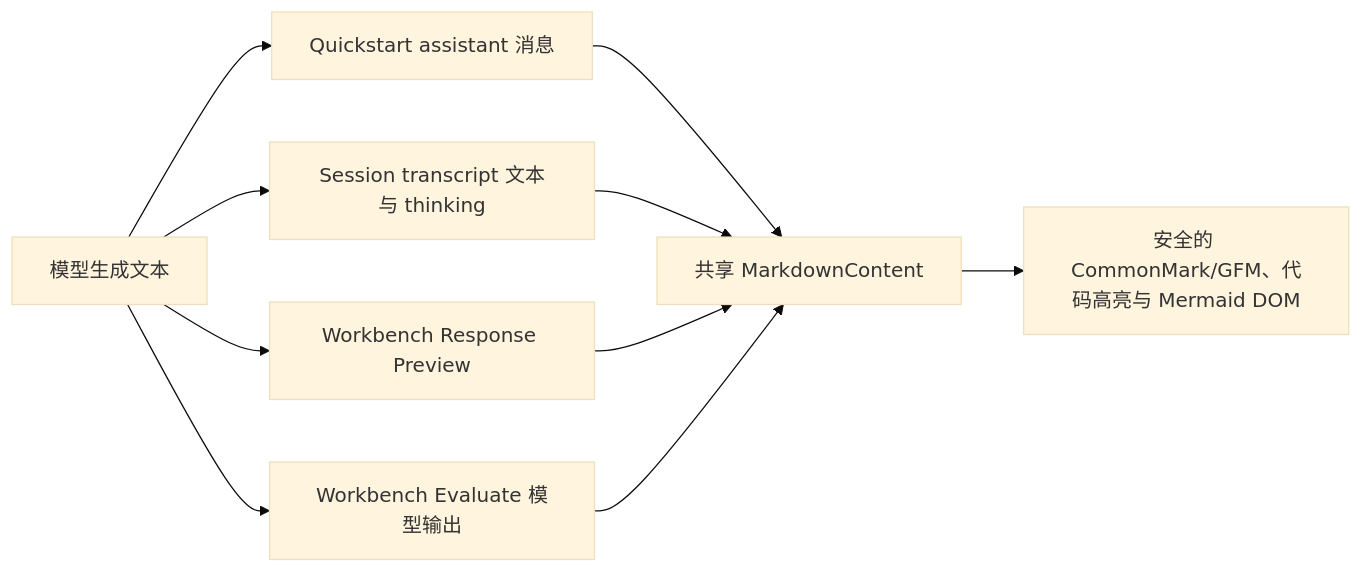
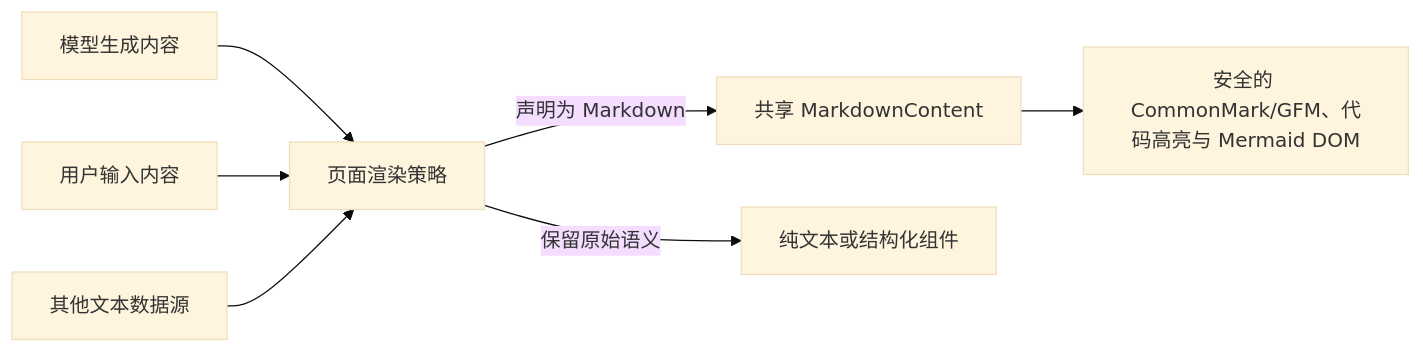
Before and after one commit to Postroggy/open-managed-agents: the diagram in docs/design/fe/shared-markdown-rendering.md, drawn with Mermaid (base theme). The commit also changed other lines of this file, not shown here.

Commit message:
docs(web): 明确 Markdown 消费边界

````diff
--- a/docs/design/fe/shared-markdown-rendering.md
+++ b/docs/design/fe/shared-markdown-rendering.md
@@ -11,12 +11,9 @@
 ```mermaid
 flowchart LR
-  Model["模型生成文本"] --> Quickstart["Quickstart assistant 消息"]
-  Model --> Session["Session transcript 文本与 thinking"]
-  Model --> Preview["Workbench Response Preview"]
-  Model --> Evaluate["Workbench Evaluate 模型输出"]
-  Quickstart --> Shared["共享 MarkdownContent"]
-  Session --> Shared
-  Preview --> Shared
-  Evaluate --> Shared
+  Model["模型生成内容"] --> Policy["页面渲染策略"]
+  User["用户输入内容"] --> Policy
+  Other["其他文本数据源"] --> Policy
+  Policy -->|"声明为 Markdown"| Shared["共享 MarkdownContent"]
+  Policy -->|"保留原始语义"| Plain["纯文本或结构化组件"]
   Shared --> SafeDOM["安全的 CommonMark/GFM、代码高亮与 Mermaid DOM"]
 ```
````
